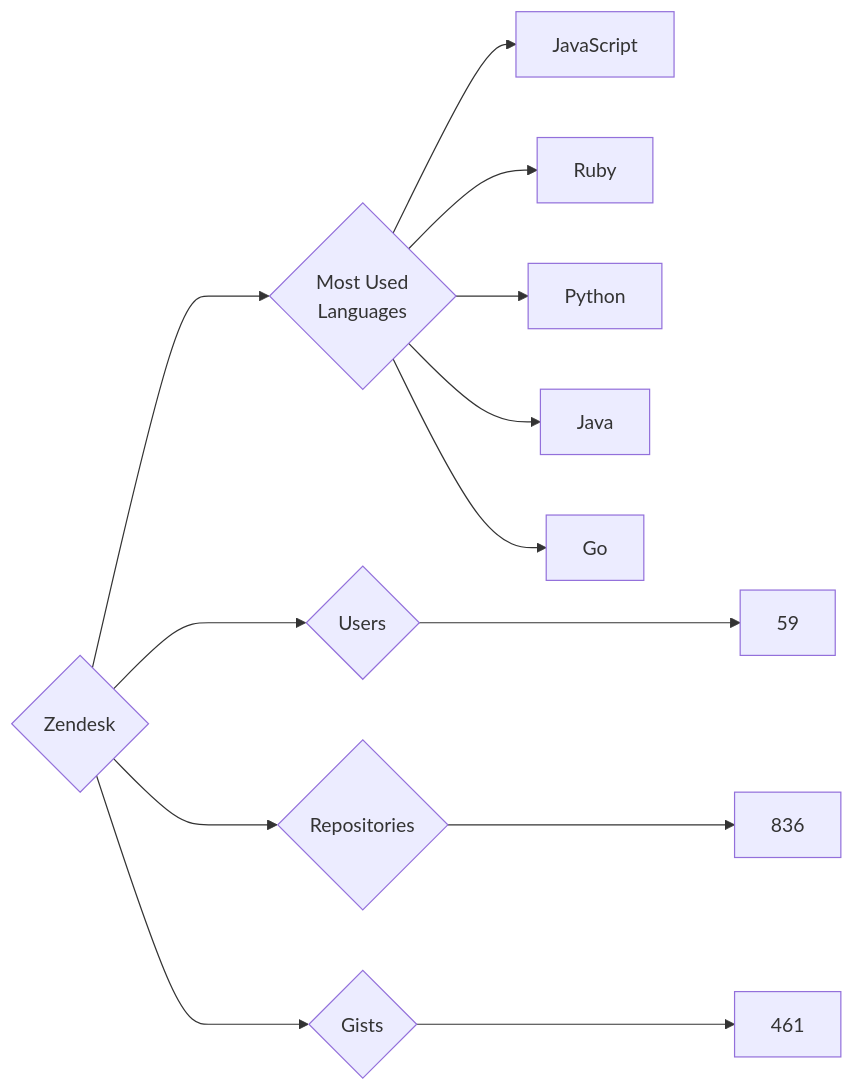
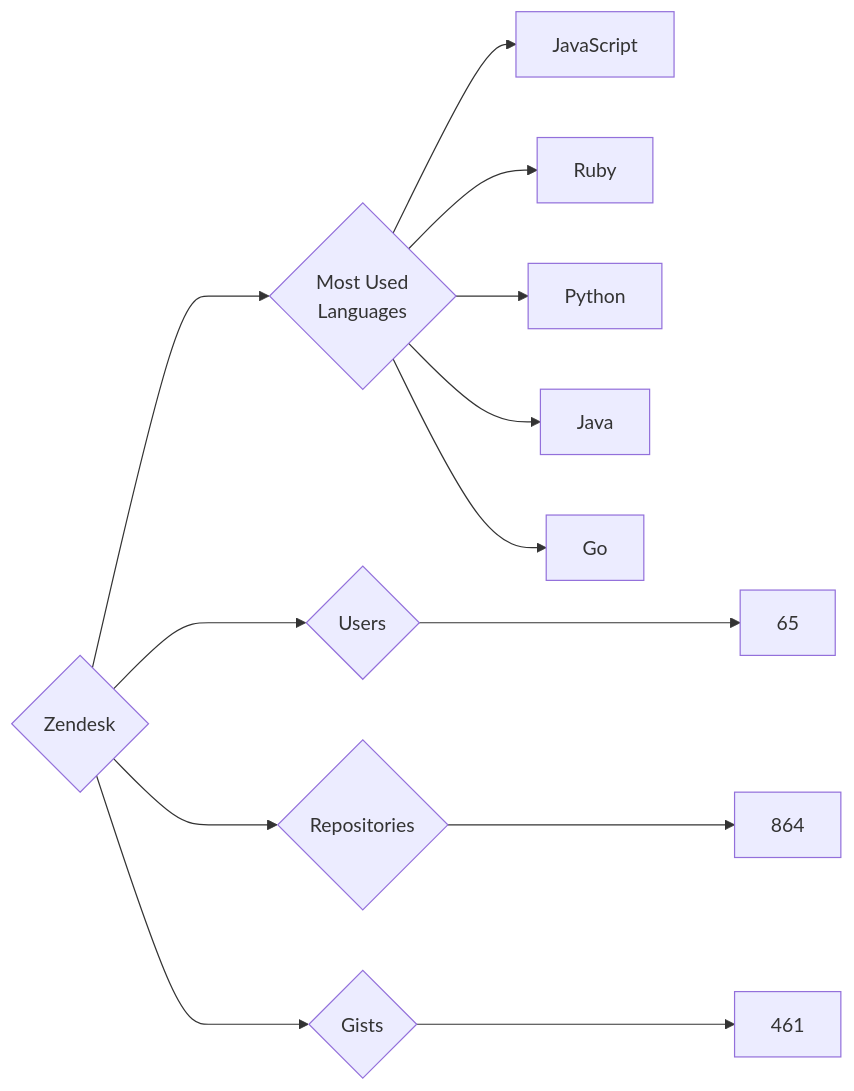
One commit to trickest/insiders changed the diagram in targets/Zendesk/README.md. Above: the diagram before and after it, drawn with Mermaid. The commit also changed 948 other files, not shown here.

````diff
--- a/targets/Zendesk/README.md
+++ b/targets/Zendesk/README.md
@@ -3,13 +3,13 @@
 ```mermaid
 graph LR
 COMPANY_NAME{Zendesk}
-COMPANY_NAME ---> U{Users} ---> UN[59]
-COMPANY_NAME ---> R{Repositories} ---> RN[836]
+COMPANY_NAME ---> U{Users} ---> UN[65]
+COMPANY_NAME ---> R{Repositories} ---> RN[864]
 COMPANY_NAME ---> G{Gists} ---> GN[461]
 COMPANY_NAME ---> ML{Most Used<br>Languages}
 ML --> JavaScript[JavaScript]
 ML --> Ruby[Ruby]
 ML --> Python[Python]
 ML --> Java[Java]
 ML --> Go[Go]
 ```
````
